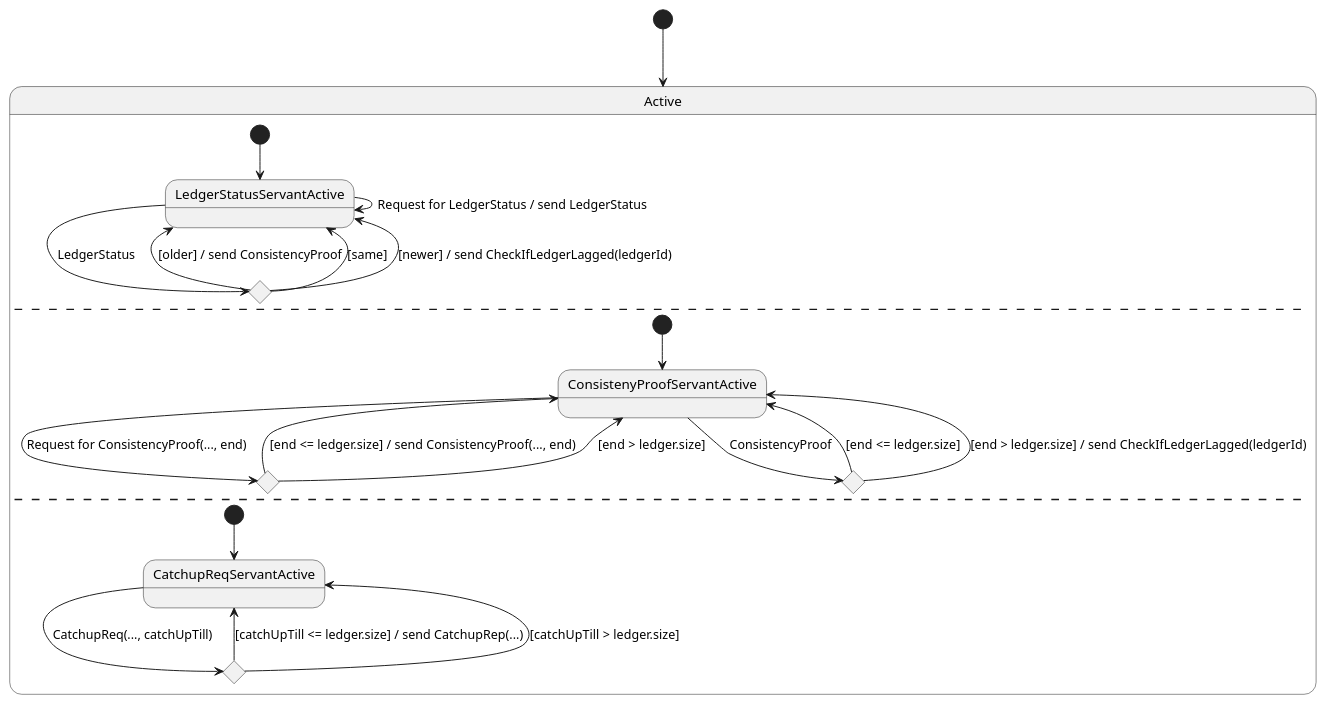
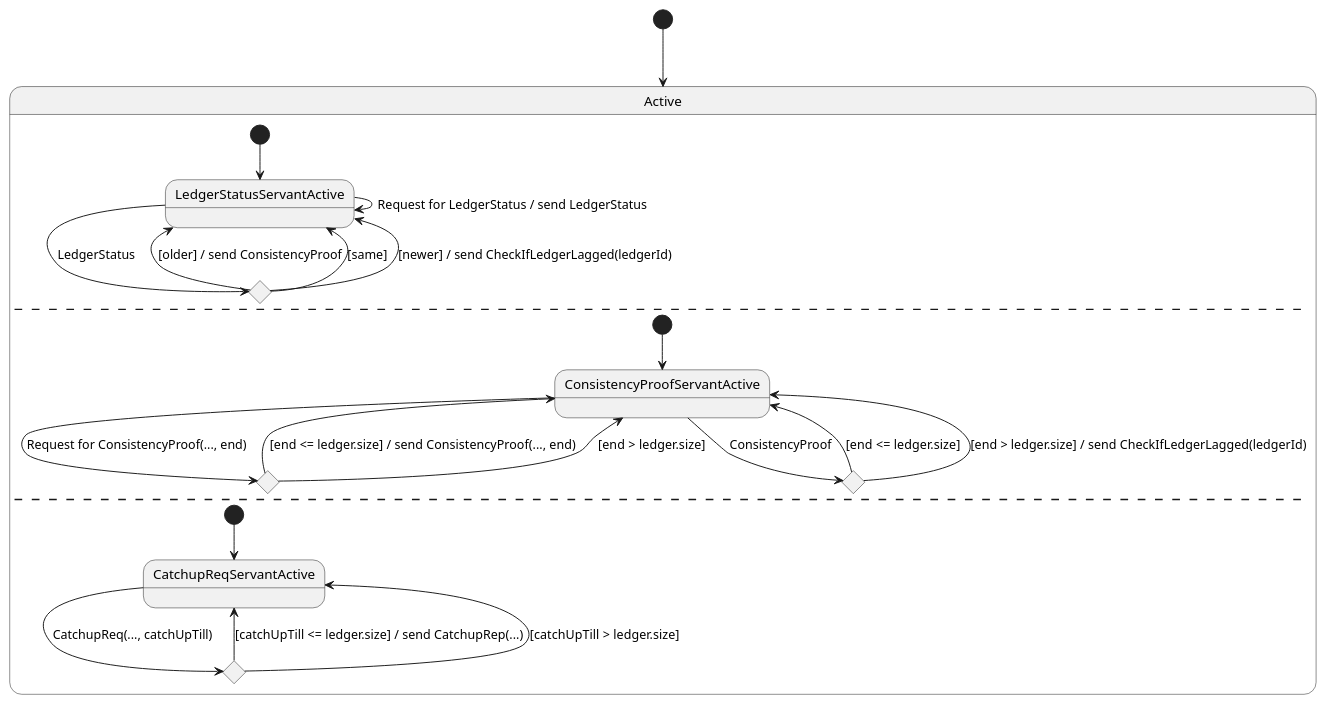
One commit to hyperledger/indy-plenum changed the diagram in design/catch-up-others.puml. Above: the diagram before and after it, drawn with PlantUML. The commit also changed 61 other files, not shown here.

```diff
--- a/design/catch-up-others.puml
+++ b/design/catch-up-others.puml
@@ -1,40 +1,40 @@
 @startuml
 
 [*] --> Active
 
 state Active {
     [*] --> LedgerStatusServantActive
 
     LedgerStatusServantActive --> LedgerStatusServantActive : Request for LedgerStatus / send LedgerStatus
     state LedgerStatusServantActive_LS <<choice>>
     LedgerStatusServantActive --> LedgerStatusServantActive_LS : LedgerStatus
 
     LedgerStatusServantActive_LS --> LedgerStatusServantActive : [older] / send ConsistencyProof
     LedgerStatusServantActive_LS --> LedgerStatusServantActive : [same]
     LedgerStatusServantActive_LS --> LedgerStatusServantActive : [newer] / send CheckIfLedgerLagged(ledgerId)
     --
 
-    [*] --> ConsistenyProofServantActive
+    [*] --> ConsistencyProofServantActive
 
-    state ConsistenyProofServantActive_ReqForCP <<choice>>
-    ConsistenyProofServantActive --> ConsistenyProofServantActive_ReqForCP : Request for ConsistencyProof(..., end)
-    state ConsistenyProofServantActive_CP <<choice>>
-    ConsistenyProofServantActive --> ConsistenyProofServantActive_CP : ConsistencyProof
+    state ConsistencyProofServantActive_ReqForCP <<choice>>
+    ConsistencyProofServantActive --> ConsistencyProofServantActive_ReqForCP : Request for ConsistencyProof(..., end)
+    state ConsistencyProofServantActive_CP <<choice>>
+    ConsistencyProofServantActive --> ConsistencyProofServantActive_CP : ConsistencyProof
 
-    ConsistenyProofServantActive_ReqForCP --> ConsistenyProofServantActive : [end <= ledger.size] / send ConsistencyProof(..., end)
-    ConsistenyProofServantActive_ReqForCP --> ConsistenyProofServantActive : [end > ledger.size]
+    ConsistencyProofServantActive_ReqForCP --> ConsistencyProofServantActive : [end <= ledger.size] / send ConsistencyProof(..., end)
+    ConsistencyProofServantActive_ReqForCP --> ConsistencyProofServantActive : [end > ledger.size]
 
-    ConsistenyProofServantActive_CP --> ConsistenyProofServantActive : [end <= ledger.size]
-    ConsistenyProofServantActive_CP --> ConsistenyProofServantActive : [end > ledger.size] / send CheckIfLedgerLagged(ledgerId)
+    ConsistencyProofServantActive_CP --> ConsistencyProofServantActive : [end <= ledger.size]
+    ConsistencyProofServantActive_CP --> ConsistencyProofServantActive : [end > ledger.size] / send CheckIfLedgerLagged(ledgerId)
     --
 
     [*] --> CatchupReqServantActive
 
     state CatchupReqServantActive_CatchupReq <<choice>>
     CatchupReqServantActive --> CatchupReqServantActive_CatchupReq : CatchupReq(..., catchUpTill)
 
     CatchupReqServantActive_CatchupReq --> CatchupReqServantActive : [catchUpTill <= ledger.size] / send CatchupRep(...)
     CatchupReqServantActive_CatchupReq --> CatchupReqServantActive : [catchUpTill > ledger.size]
 }
 
 @enduml
```
